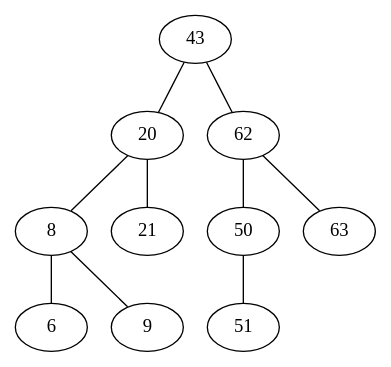
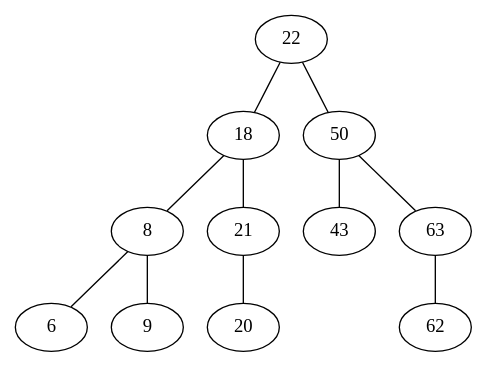
Before and after one commit to hAriasm/Practica2_ayde: the diagram in graph/avltree.dot, drawn with Graphviz. The commit also changed 17 other files, not shown here.

```diff
--- a/graph/avltree.dot
+++ b/graph/avltree.dot
@@ -1,11 +1,12 @@
 graph AVLTree {
-  43 -- 20;
-  20 -- 8;
+  22 -- 18;
+  18 -- 8;
   8 -- 6;
   8 -- 9;
-  20 -- 21;
-  43 -- 62;
-  62 -- 50;
-  50 -- 51;
-  62 -- 63;
+  18 -- 21;
+  21 -- 20;
+  22 -- 50;
+  50 -- 43;
+  50 -- 63;
+  63 -- 62;
 }
```
